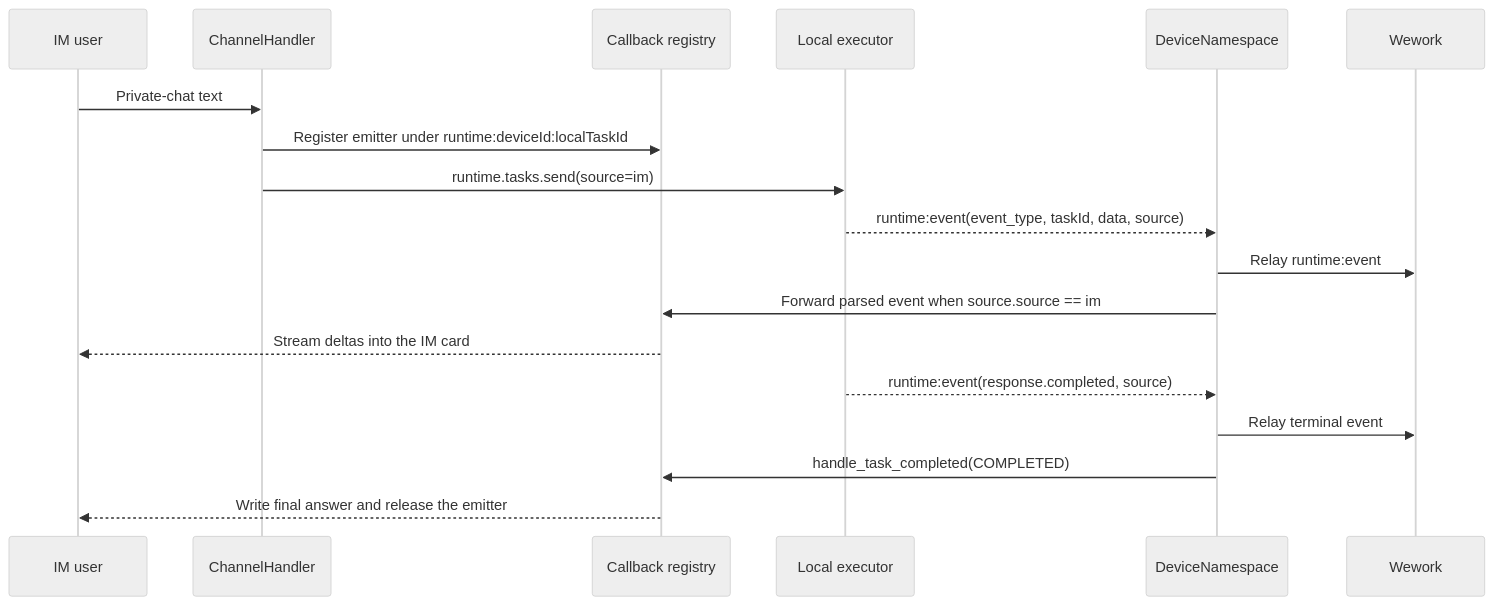
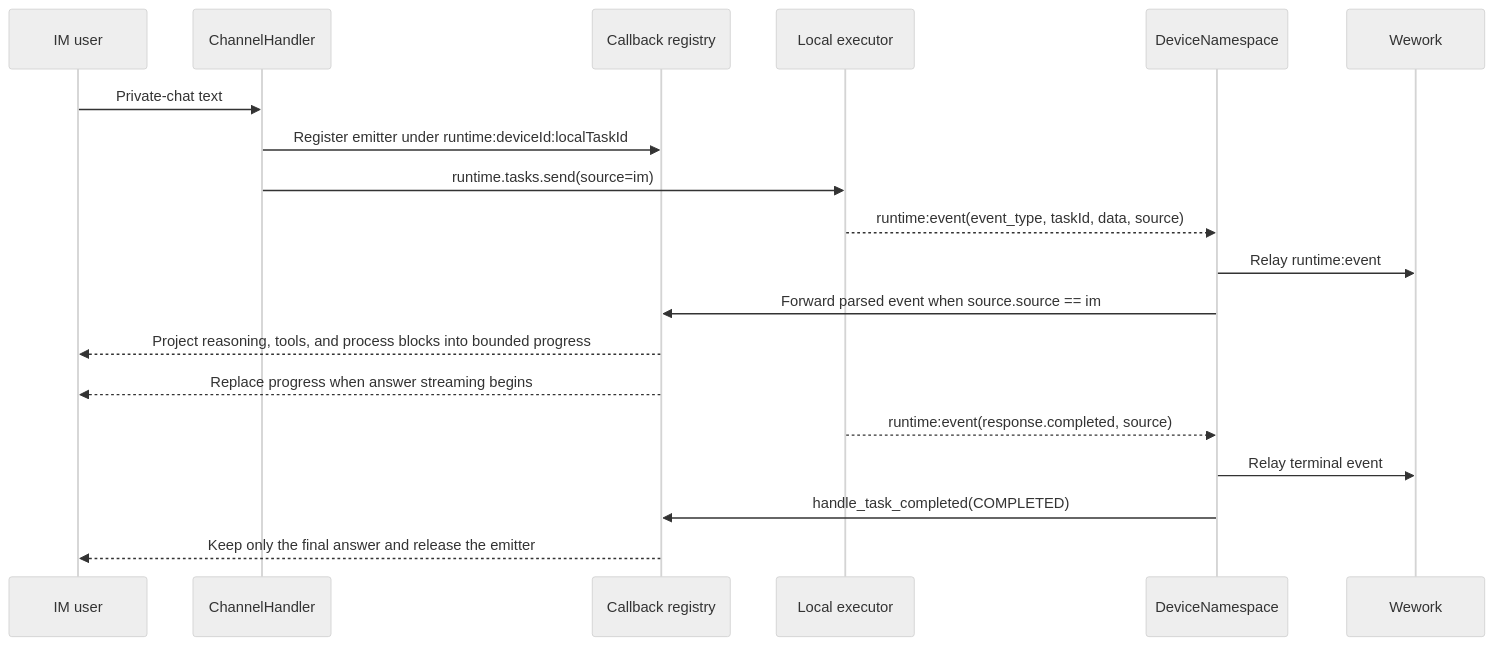
One commit to wecode-ai/wegent-docs changed the second of 2 diagrams in docs/architecture/im-runtime-streaming.md. Above: the diagram before and after it, drawn with Mermaid (neutral theme). The commit also changed other lines of this file and 3 other files, not shown here.

````diff
--- a/docs/architecture/im-runtime-streaming.md
+++ b/docs/architecture/im-runtime-streaming.md
@@ -24,21 +25,22 @@
 ```mermaid
 sequenceDiagram
     participant U as IM user
     participant H as ChannelHandler
     participant C as Callback registry
     participant E as Local executor
     participant D as DeviceNamespace
     participant W as Wework
 
     U->>H: Private-chat text
     H->>C: Register emitter under runtime:deviceId:localTaskId
     H->>E: runtime.tasks.send(source=im)
     E-->>D: runtime:event(event_type, taskId, data, source)
     D->>W: Relay runtime:event
     D->>C: Forward parsed event when source.source == im
-    C-->>U: Stream deltas into the IM card
+    C-->>U: Project reasoning, tools, and process blocks into bounded progress
+    C-->>U: Replace progress when answer streaming begins
     E-->>D: runtime:event(response.completed, source)
     D->>W: Relay terminal event
     D->>C: handle_task_completed(COMPLETED)
-    C-->>U: Write final answer and release the emitter
+    C-->>U: Keep only the final answer and release the emitter
 ```
````
